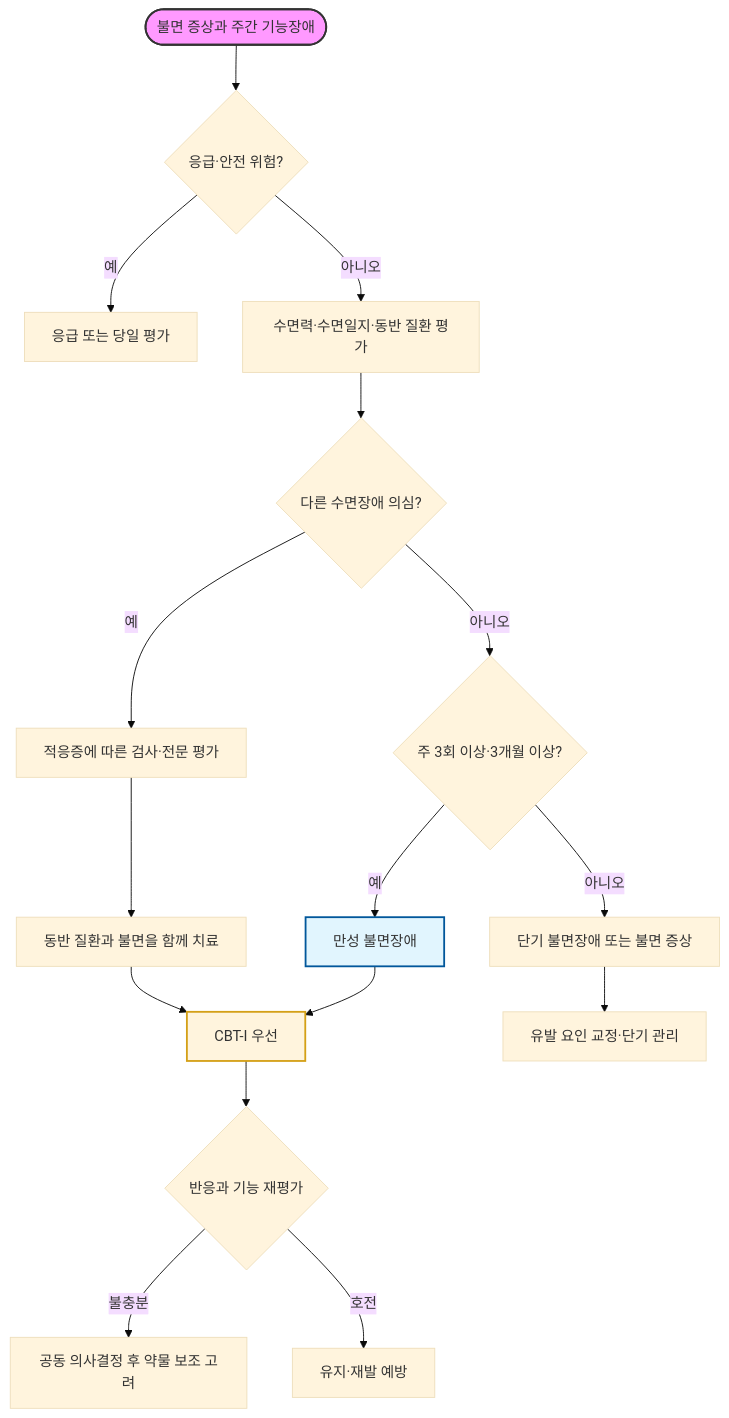
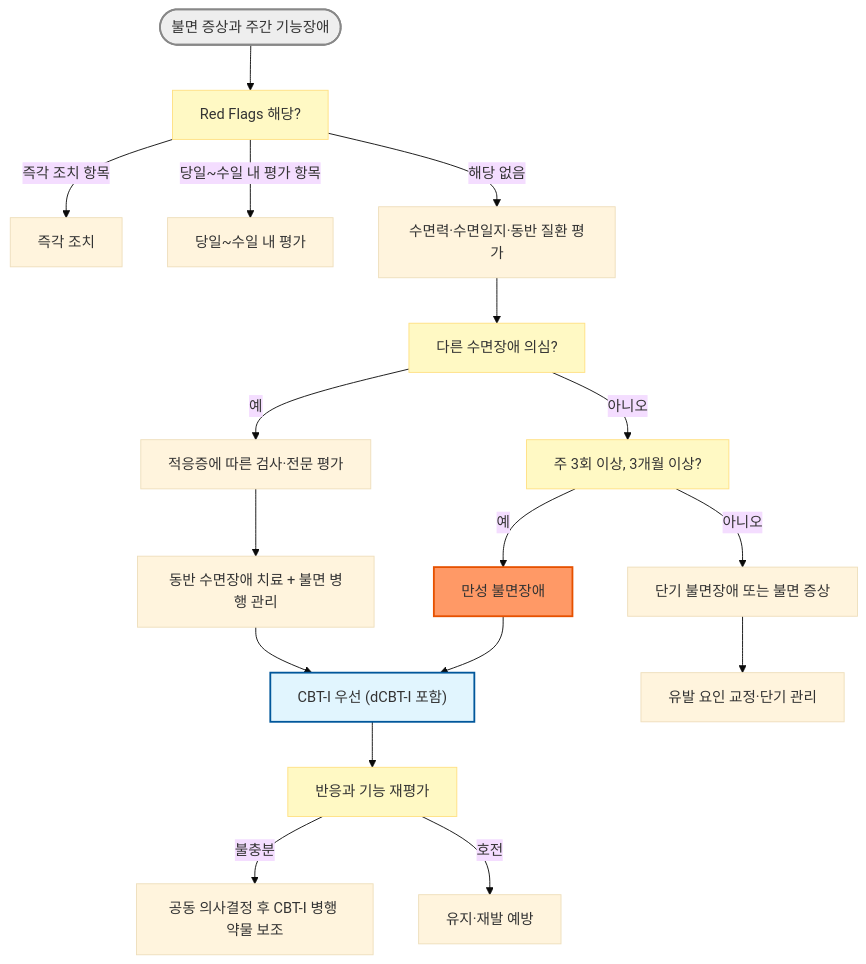
The diagram in 221_/029_-insomnia-sleep-disorder.md (familyoh77/familyoh77), drawn with Mermaid (base theme) before and after one commit. The commit also changed other lines of this file, not shown here.

````diff
--- a/221_/029_-insomnia-sleep-disorder.md
+++ b/221_/029_-insomnia-sleep-disorder.md
@@ -224,21 +240,26 @@
 ```mermaid
 graph TD
-    Start([불면 증상과 주간 기능장애]) --> Safety{응급·안전 위험?}
-    Safety -- "예" --> Urgent[응급 또는 당일 평가]
-    Safety -- "아니오" --> Assess[수면력·수면일지·동반 질환 평가]
-    Assess --> Other{다른 수면장애 의심?}
-    Other -- "예" --> Test[적응증에 따른 검사·전문 평가]
-    Other -- "아니오" --> Duration{주 3회 이상·3개월 이상?}
+    Start([불면 증상과 주간 기능장애]) --> Safety["Red Flags 해당?"]
+    Safety -- "즉각 조치 항목" --> T1["즉각 조치"]
+    Safety -- "당일~수일 내 평가 항목" --> T2["당일~수일 내 평가"]
+    Safety -- "해당 없음" --> Assess["수면력·수면일지·동반 질환 평가"]
+    Assess --> Other["다른 수면장애 의심?"]
+    Other -- "예" --> Test["적응증에 따른 검사·전문 평가"]
+    Other -- "아니오" --> Duration["주 3회 이상, 3개월 이상?"]
     Duration -- "예" --> Chronic[만성 불면장애]
-    Duration -- "아니오" --> Short[단기 불면장애 또는 불면 증상]
-    Test --> Combined[동반 질환과 불면을 함께 치료]
-    Chronic --> CBT[CBT-I 우선]
-    Short --> Cause[유발 요인 교정·단기 관리]
+    Duration -- "아니오" --> Short["단기 불면장애 또는 불면 증상"]
+    Test --> Combined["동반 수면장애 치료 + 불면 병행 관리"]
+    Chronic --> CBT["CBT-I 우선 (dCBT-I 포함)"]
+    Short --> Cause["유발 요인 교정·단기 관리"]
     Combined --> CBT
-    CBT --> Review{반응과 기능 재평가}
-    Review -- "불충분" --> Drug[공동 의사결정 후 약물 보조 고려]
-    Review -- "호전" --> Prevent[유지·재발 예방]
-    style Start fill:#f9f,stroke:#333,stroke-width:2px
-    style Chronic fill:#e1f5fe,stroke:#01579b,stroke-width:2px
-    style CBT fill:#fff4dd,stroke:#d4a017,stroke-width:2px
+    CBT --> Review["반응과 기능 재평가"]
+    Review -- "불충분" --> Drug["공동 의사결정 후 CBT-I 병행 약물 보조"]
+    Review -- "호전" --> Prevent["유지·재발 예방"]
+    style Start fill:#eeeeee,stroke:#888888,stroke-width:2px
+    style Safety fill:#fff9c4,stroke:#ffe082
+    style Other fill:#fff9c4,stroke:#ffe082
+    style Duration fill:#fff9c4,stroke:#ffe082
+    style Review fill:#fff9c4,stroke:#ffe082
+    style Chronic fill:#f96,stroke:#e65100,stroke-width:2px
+    style CBT fill:#e1f5fe,stroke:#01579b,stroke-width:2px
 ```
````
